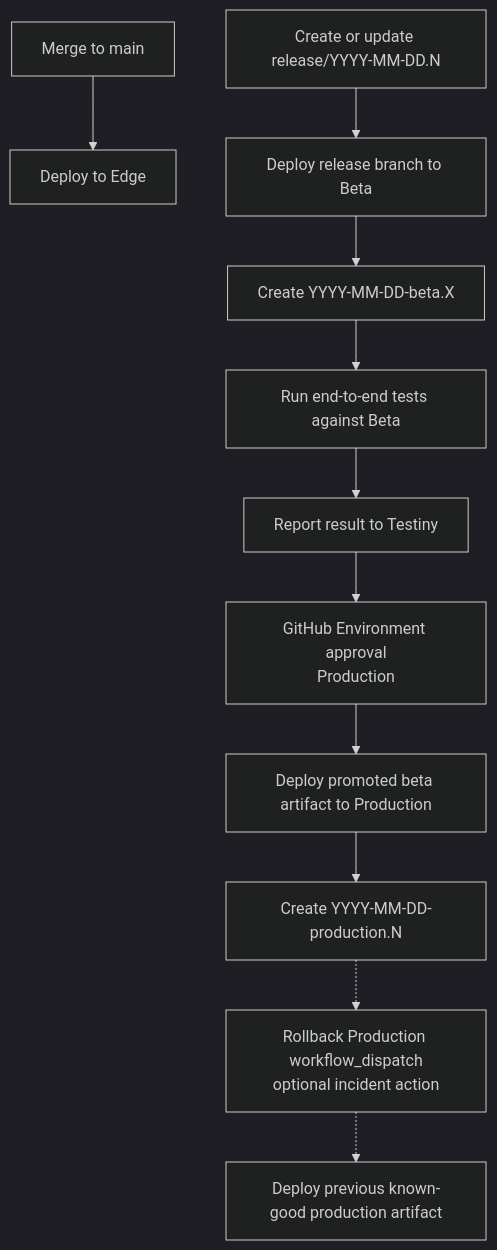
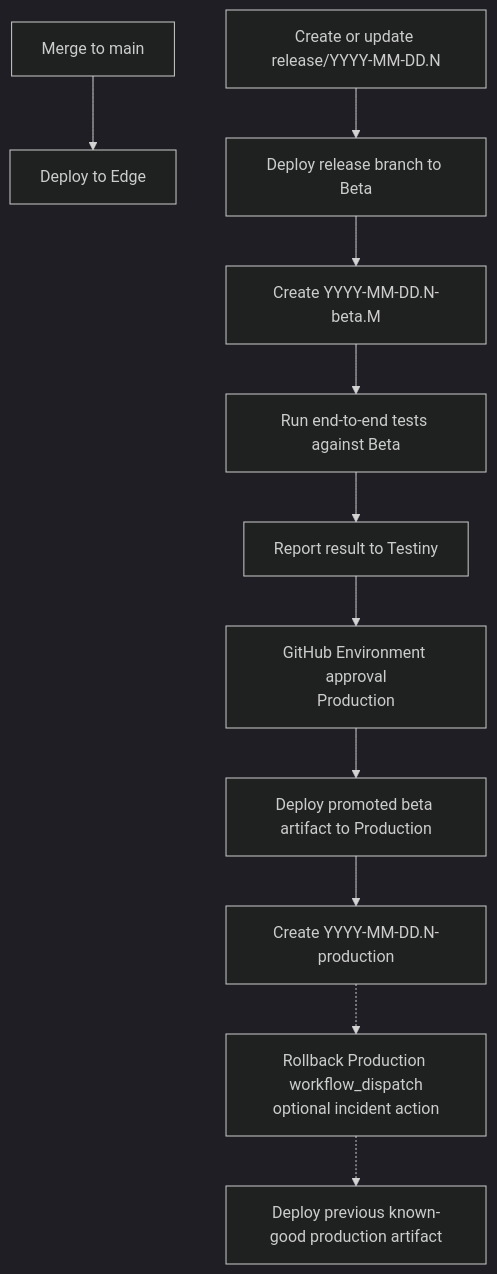
One commit to wireapp/wire-webapp changed the second of 2 diagrams in docs/decision-records/0002-trunk-based-automated-release-process.md. Above: the diagram before and after it, drawn with Mermaid (dark theme). The commit also changed other lines of this file, not shown here.

First line of the commit message:
docs(adr): keep release identifier in beta and production tags

````diff
--- a/docs/decision-records/0002-trunk-based-automated-release-process.md
+++ b/docs/decision-records/0002-trunk-based-automated-release-process.md
@@ -90,21 +90,21 @@
 ```mermaid
 flowchart TD
   mergeToMain[Merge to main]
   deployToEdge[Deploy to Edge]
   createReleaseBranch[Create or update release/YYYY-MM-DD.N]
   deployToBeta[Deploy release branch to Beta]
-  createBetaTag[Create YYYY-MM-DD-beta.X]
+  createBetaTag[Create YYYY-MM-DD.N-beta.M]
   runEndToEndTests[Run end-to-end tests against Beta]
   reportToTestiny[Report result to Testiny]
   productionApproval[GitHub Environment approval<br/>Production]
   deployToProduction[Deploy promoted beta artifact to Production]
-  createProductionTag[Create YYYY-MM-DD-production.N]
+  createProductionTag[Create YYYY-MM-DD.N-production]
   rollbackWorkflow[Rollback Production workflow_dispatch<br/>optional incident action]
   deployKnownGoodArtifact[Deploy previous known-good production artifact]
 
   mergeToMain --> deployToEdge
   createReleaseBranch --> deployToBeta --> createBetaTag
   createBetaTag --> runEndToEndTests --> reportToTestiny
   reportToTestiny --> productionApproval --> deployToProduction --> createProductionTag
   createProductionTag -.-> rollbackWorkflow -.-> deployKnownGoodArtifact
 ```
````
